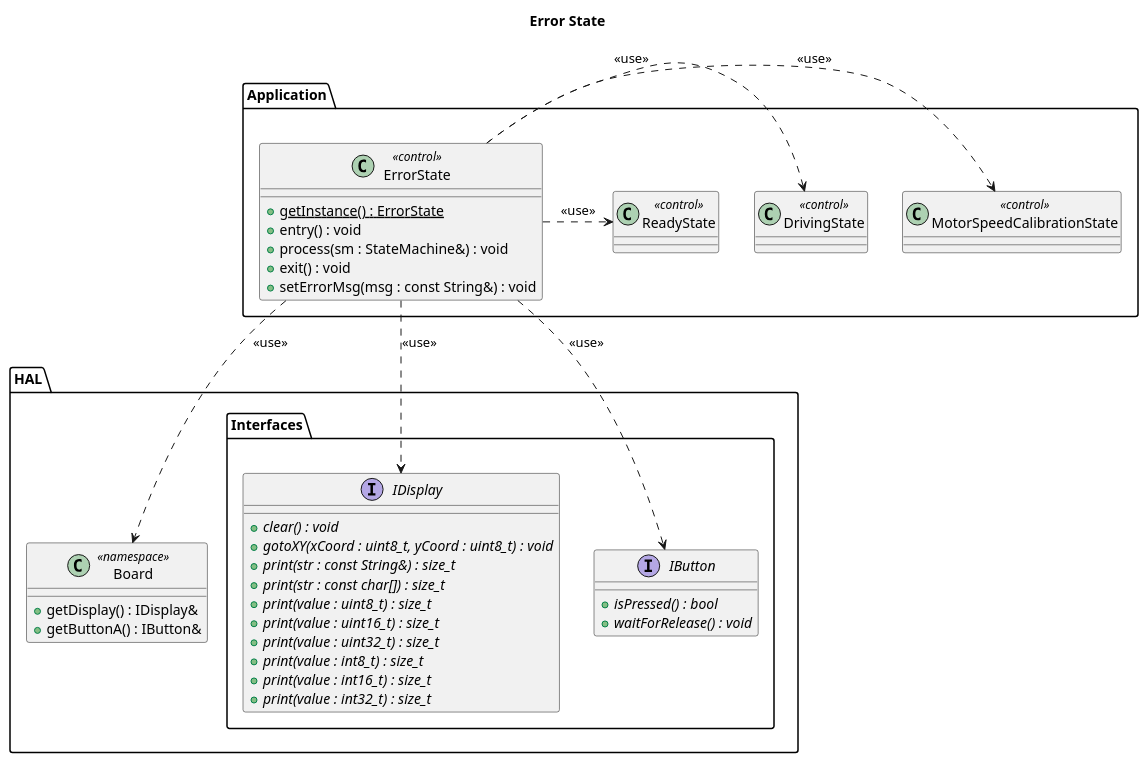
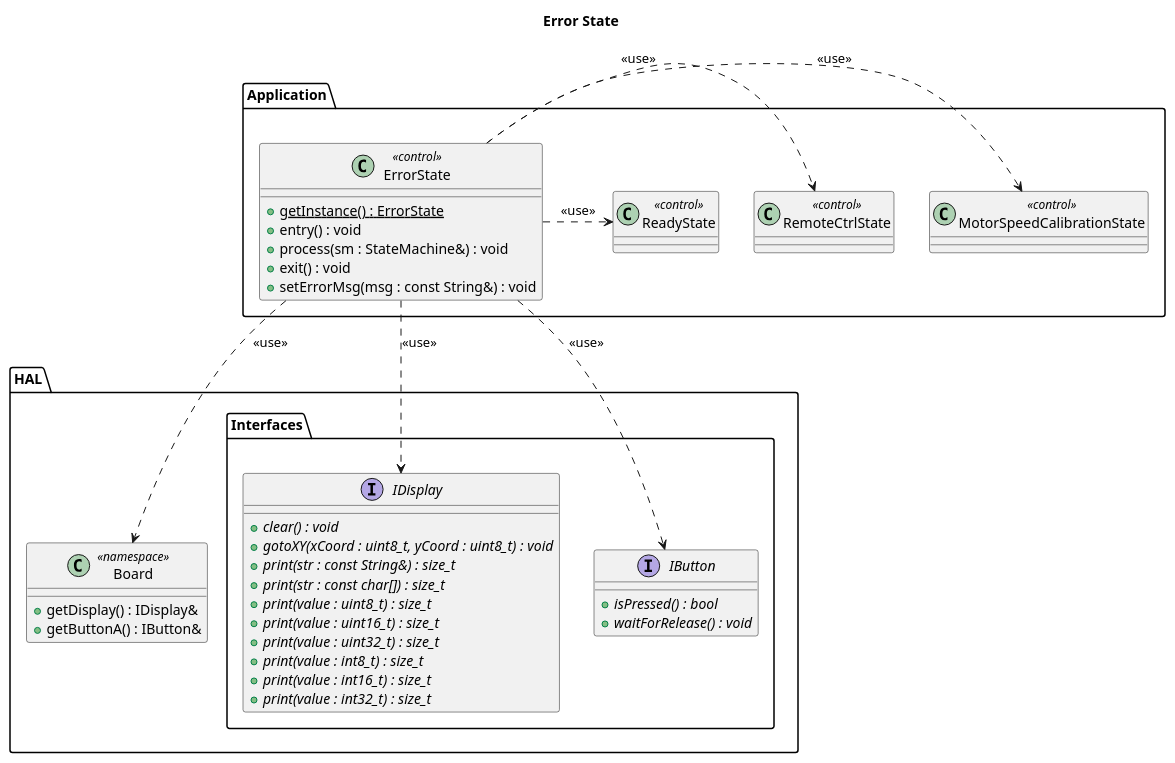
The diagram in doc/architecture/uml/LogicalView/RemoteControl/ErrorState.plantuml (BlueAndi/RadonUlzer), drawn with PlantUML before and after one commit. The commit also changed 11 other files, not shown here.

Commit message:
Remote control application architecture updated.

```diff
--- a/doc/architecture/uml/LogicalView/RemoteControl/ErrorState.plantuml
+++ b/doc/architecture/uml/LogicalView/RemoteControl/ErrorState.plantuml
@@ -1,56 +1,56 @@
 @startuml RemoteControl ErrorState
 
 title Error State
 
 package "Application" as appLayer {
 
     class ErrorState <<control>> {
         + {static} getInstance() : ErrorState
         + entry() : void
         + process(sm : StateMachine&) : void
         + exit() : void
         + setErrorMsg(msg : const String&) : void
     }
 
     class MotorSpeedCalibrationState <<control>>
-    class DrivingState <<control>>
+    class RemoteCtrlState <<control>>
     class ReadyState <<control>>
 
     ErrorState .r.> MotorSpeedCalibrationState: <<use>>
-    ErrorState .r.> DrivingState: <<use>>
+    ErrorState .r.> RemoteCtrlState: <<use>>
     ErrorState .r.> ReadyState: <<use>>
 }
 
 package "HAL" as hal {
 
     package "Interfaces" as halInterfaces {
         interface IDisplay {
             + {abstract} clear() : void
             + {abstract} gotoXY(xCoord : uint8_t, yCoord : uint8_t) : void
             + {abstract} print(str : const String&) : size_t
             + {abstract} print(str : const char[]) : size_t
             + {abstract} print(value : uint8_t) : size_t
             + {abstract} print(value : uint16_t) : size_t
             + {abstract} print(value : uint32_t) : size_t
             + {abstract} print(value : int8_t) : size_t
             + {abstract} print(value : int16_t) : size_t
             + {abstract} print(value : int32_t) : size_t
         }
 
         interface IButton {
             + {abstract} isPressed() : bool
             + {abstract} waitForRelease() : void
         }
     }
 
     class Board << namespace >> {
         + getDisplay() : IDisplay&
         + getButtonA() : IButton&
     }
 }
 
 ErrorState ..> Board: <<use>>
 ErrorState ..> IDisplay: <<use>>
 ErrorState ..> IButton: <<use>>
 
 @enduml
```
